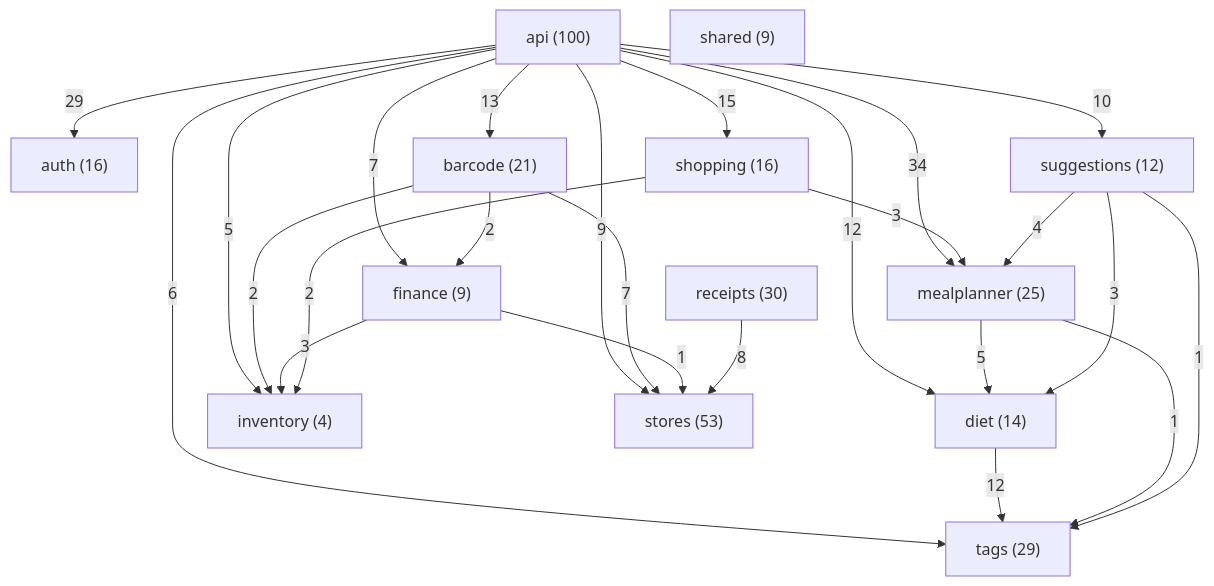
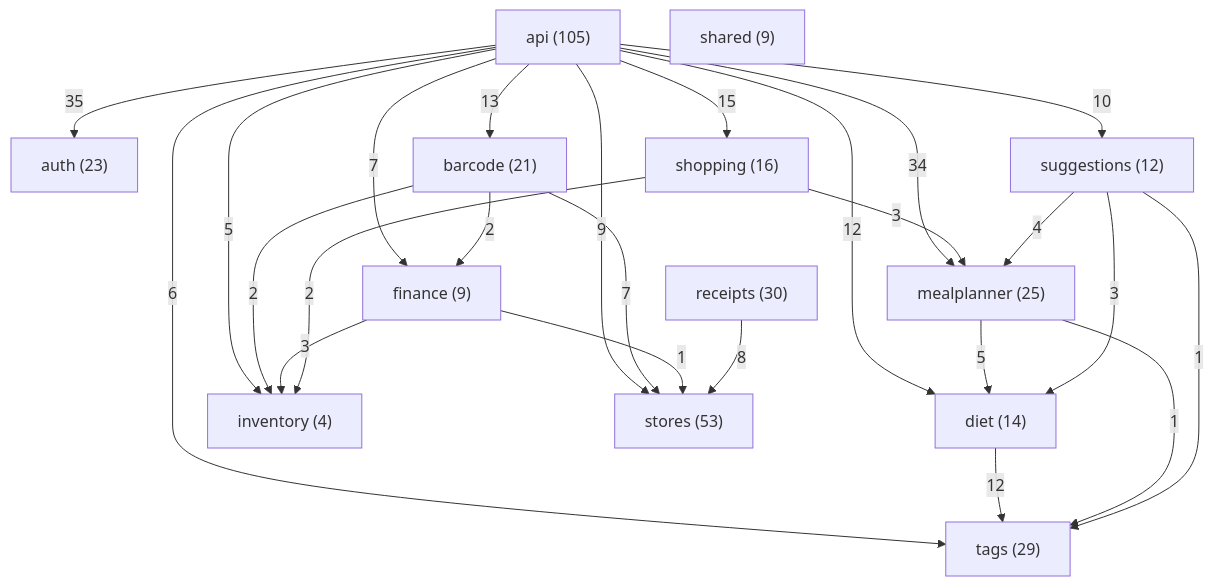
Before and after one commit to Nate-ryan-7690/dahaem: the diagram in docs/classes/README.md, drawn with Mermaid. The commit also changed other lines of this file and 4 other files, not shown here.

````diff
--- a/docs/classes/README.md
+++ b/docs/classes/README.md
@@ -9,40 +9,40 @@
 ```mermaid
 flowchart TD
-    api["api (100)"]
-    auth["auth (16)"]
+    api["api (105)"]
+    auth["auth (23)"]
     barcode["barcode (21)"]
     diet["diet (14)"]
     finance["finance (9)"]
     inventory["inventory (4)"]
     mealplanner["mealplanner (25)"]
     receipts["receipts (30)"]
     shared["shared (9)"]
     shopping["shopping (16)"]
     stores["stores (53)"]
     suggestions["suggestions (12)"]
     tags["tags (29)"]
-    api -->|29| auth
+    api -->|35| auth
     api -->|13| barcode
     api -->|12| diet
     api -->|7| finance
     api -->|5| inventory
     api -->|34| mealplanner
     api -->|15| shopping
     api -->|9| stores
     api -->|10| suggestions
     api -->|6| tags
     barcode -->|2| finance
     barcode -->|2| inventory
     barcode -->|7| stores
     diet -->|12| tags
     finance -->|3| inventory
     finance -->|1| stores
     mealplanner -->|5| diet
     mealplanner -->|1| tags
     receipts -->|8| stores
     shopping -->|2| inventory
     shopping -->|3| mealplanner
     suggestions -->|3| diet
     suggestions -->|4| mealplanner
     suggestions -->|1| tags
 ```
````
